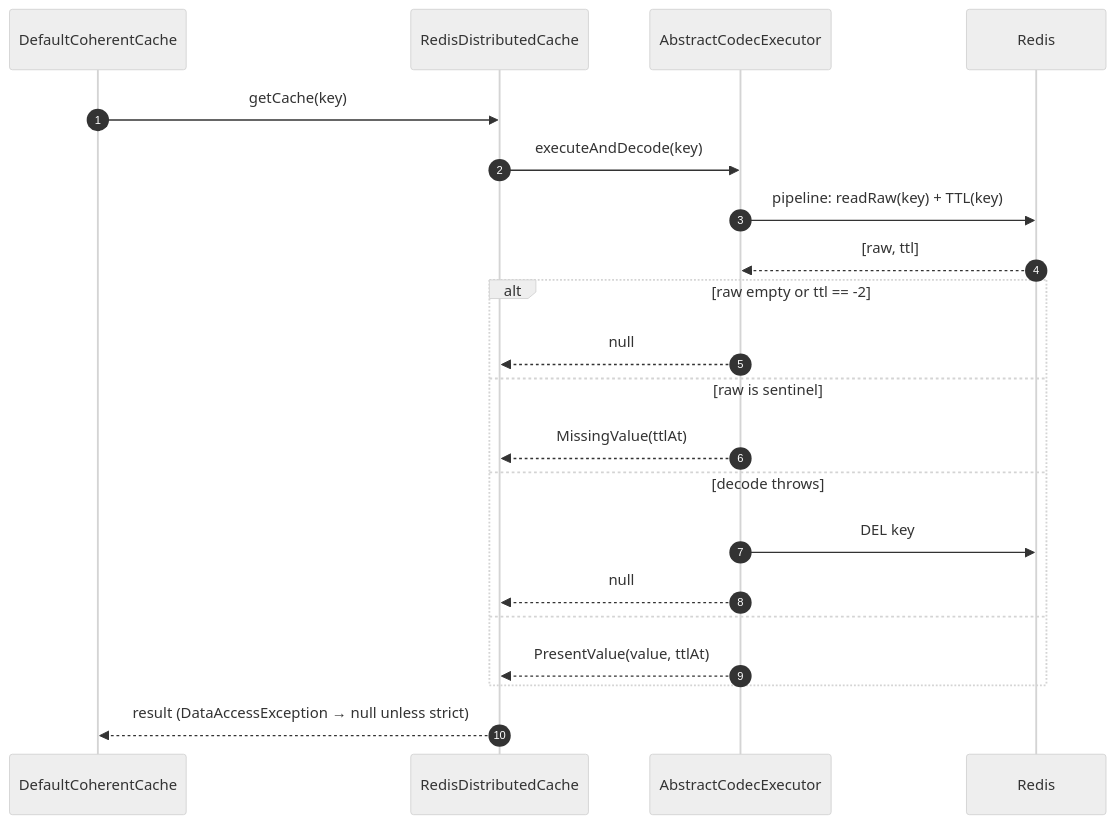
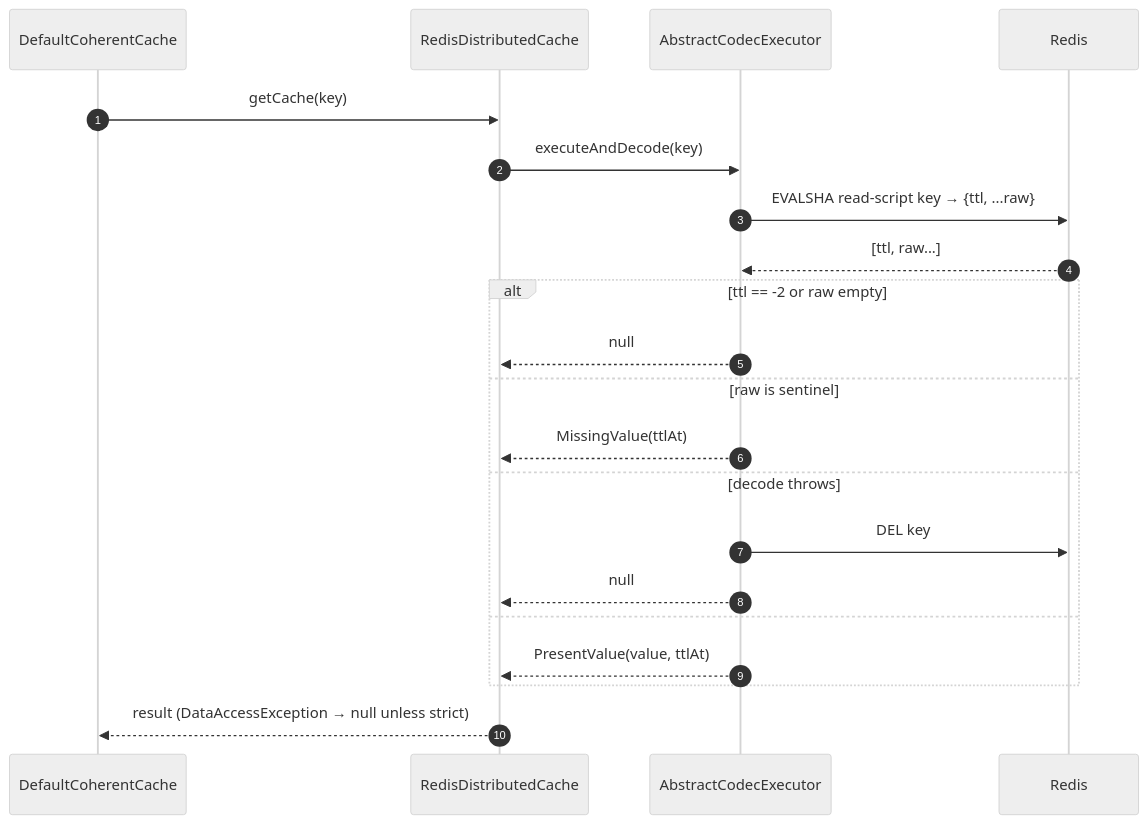
The second of 3 diagrams in wiki/modules/cocache-spring-redis.md (Ahoo-Wang/CoCache), drawn with Mermaid (neutral theme) before and after one commit. The commit also changed other lines of this file and 45 other files, not shown here.

````diff
--- a/wiki/modules/cocache-spring-redis.md
+++ b/wiki/modules/cocache-spring-redis.md
@@ -51,24 +51,24 @@
 ```mermaid
 sequenceDiagram
 autonumber
     participant CC as DefaultCoherentCache
     participant RDC as RedisDistributedCache
     participant CE as AbstractCodecExecutor
     participant R as Redis
 
     CC->>RDC: getCache(key)
     RDC->>CE: executeAndDecode(key)
-    CE->>R: pipeline: readRaw(key) + TTL(key)
-    R-->>CE: [raw, ttl]
-    alt raw empty or ttl == -2
+    CE->>R: EVALSHA read-script key → {ttl, ...raw}
+    R-->>CE: [ttl, raw...]
+    alt ttl == -2 or raw empty
         CE-->>RDC: null
     else raw is sentinel
         CE-->>RDC: MissingValue(ttlAt)
     else decode throws
         CE->>R: DEL key
         CE-->>RDC: null
     else
         CE-->>RDC: PresentValue(value, ttlAt)
     end
     RDC-->>CC: result (DataAccessException → null unless strict)
 ```
````
